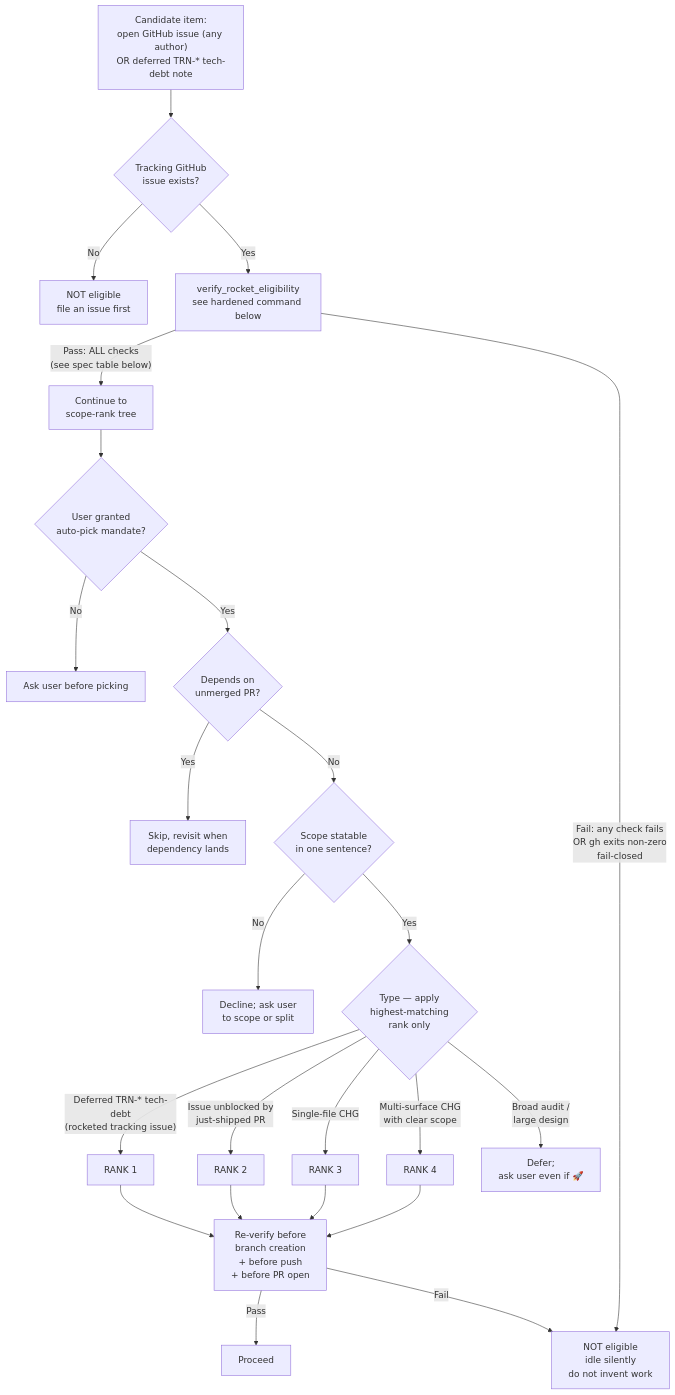
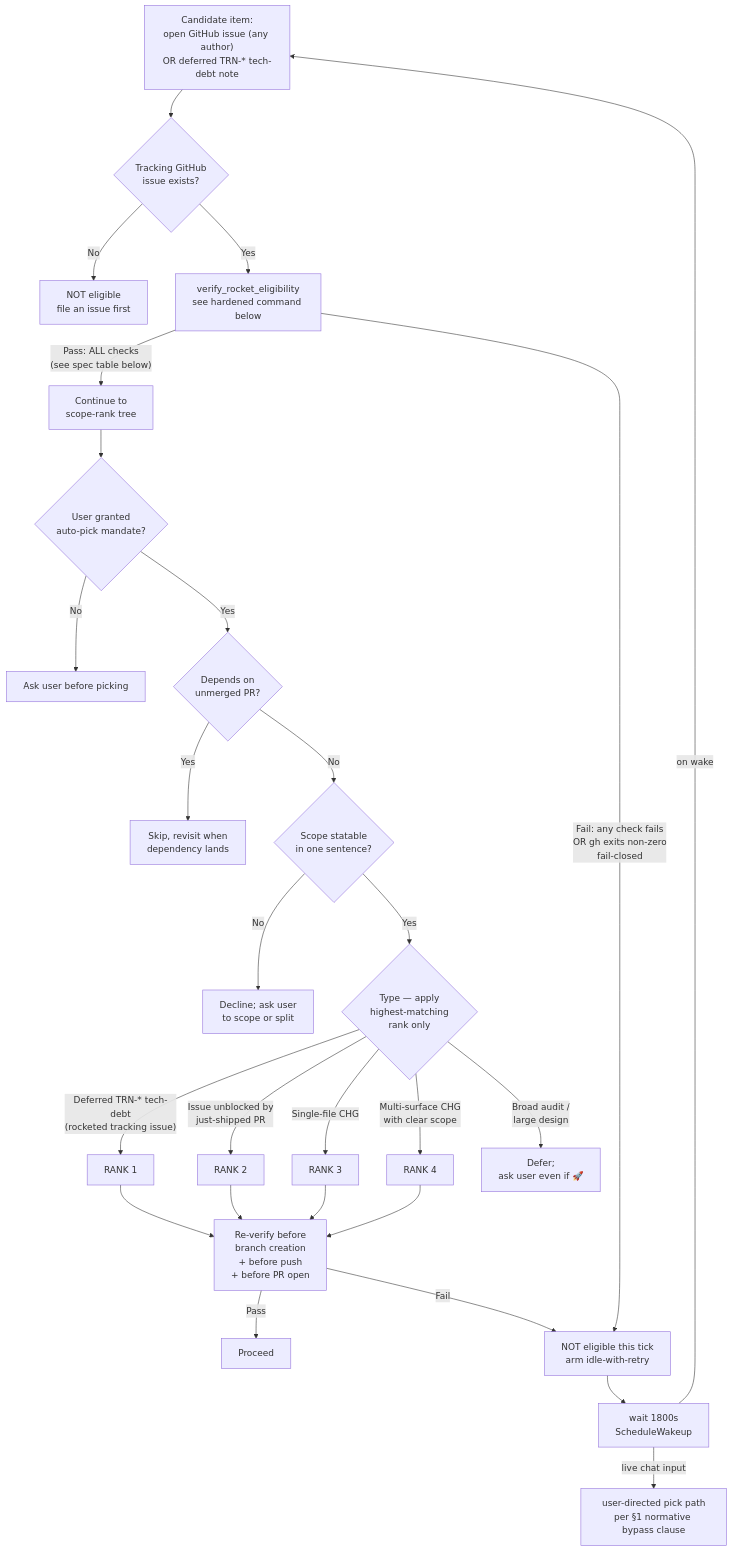
One commit to frankyxhl/trinity changed the first of 6 diagrams in rules/TRN-1008-SOP-Multi-Agent-Review-Loop.md. Above: the diagram before and after it, drawn with Mermaid. The commit also changed other lines of this file and 3 other files, not shown here.

First line of the commit message:
TRN-3030: SOP self-perpetuation — §1 idle-with-retry + new §11 Loop restart

````diff
--- a/rules/TRN-1008-SOP-Multi-Agent-Review-Loop.md
+++ b/rules/TRN-1008-SOP-Multi-Agent-Review-Loop.md
@@ -103,26 +104,29 @@
 ```mermaid
 flowchart TD
     A["Candidate item:<br/>open GitHub issue (any author)<br/>OR deferred TRN-* tech-debt note"] --> G1{Tracking GitHub<br/>issue exists?}
     G1 -- No --> Z_GATE_A[NOT eligible<br/>file an issue first]
     G1 -- Yes --> V[verify_rocket_eligibility<br/>see hardened command below]
     V -- Pass: ALL checks<br/>(see spec table below) --> SCOPE[Continue to<br/>scope-rank tree]
-    V -- Fail: any check fails<br/>OR gh exits non-zero<br/>fail-closed --> Z_GATE_B[NOT eligible<br/>idle silently<br/>do not invent work]
+    V -- Fail: any check fails<br/>OR gh exits non-zero<br/>fail-closed --> Z_GATE_B[NOT eligible this tick<br/>arm idle-with-retry]
     SCOPE --> B{User granted<br/>auto-pick mandate?}
     B -- No --> Z1[Ask user before picking]
     B -- Yes --> C{Depends on<br/>unmerged PR?}
     C -- Yes --> Z2[Skip, revisit when<br/>dependency lands]
     C -- No --> D{Scope statable<br/>in one sentence?}
     D -- No --> Z3[Decline; ask user<br/>to scope or split]
     D -- Yes --> E{Type — apply<br/>highest-matching<br/>rank only}
     E -- Deferred TRN-* tech-debt<br/>(rocketed tracking issue) --> R1[RANK 1]
     E -- Issue unblocked by<br/>just-shipped PR --> R2[RANK 2]
     E -- Single-file CHG --> R3[RANK 3]
     E -- Multi-surface CHG<br/>with clear scope --> R4[RANK 4]
     E -- Broad audit /<br/>large design --> Z4[Defer;<br/>ask user even if 🚀]
     R1 --> RV[Re-verify before<br/>branch creation<br/>+ before push<br/>+ before PR open]
     R2 --> RV
     R3 --> RV
     R4 --> RV
     RV -- Pass --> EXEC[Proceed]
     RV -- Fail --> Z_GATE_B
+    Z_GATE_B --> WAIT[wait 1800s<br/>ScheduleWakeup]
+    WAIT -- on wake --> A
+    WAIT -- live chat input --> USER_PICK[user-directed pick path<br/>per §1 normative bypass clause]
 ```
````
